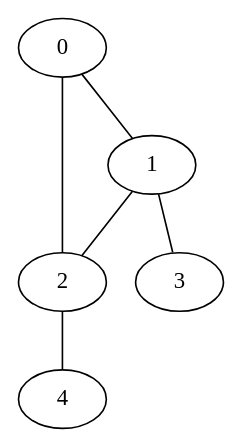
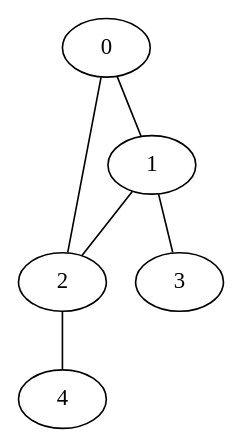
Before and after one commit to valentinodg/hedonic: the diagram in generator/gen/s/s.dot, drawn with Graphviz. The commit also changed 13 other files, not shown here.

```diff
--- a/generator/gen/s/s.dot
+++ b/generator/gen/s/s.dot
@@ -1,12 +1,12 @@
 strict graph "Bull Graph" {
 0;
 1;
 2;
 3;
 4;
-0 -- 1  [weight=2];
-0 -- 2  [weight=4];
-1 -- 2  [weight=4];
-1 -- 3  [weight=3];
-2 -- 4  [weight=3];
+0 -- 1  [weight=5];
+0 -- 2  [weight=5];
+1 -- 2  [weight=5];
+1 -- 3  [weight=5];
+2 -- 4  [weight=6];
 }
```
